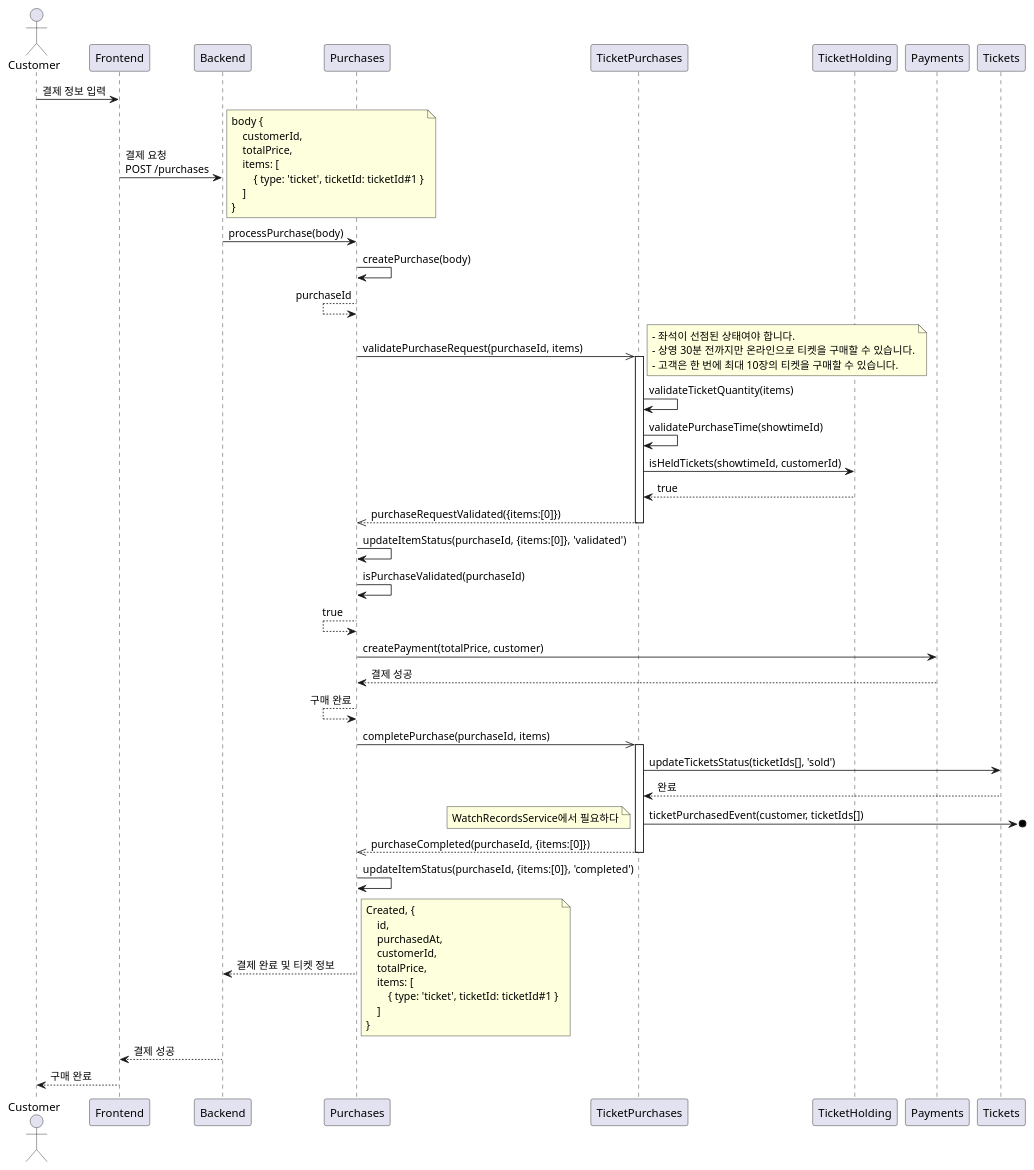
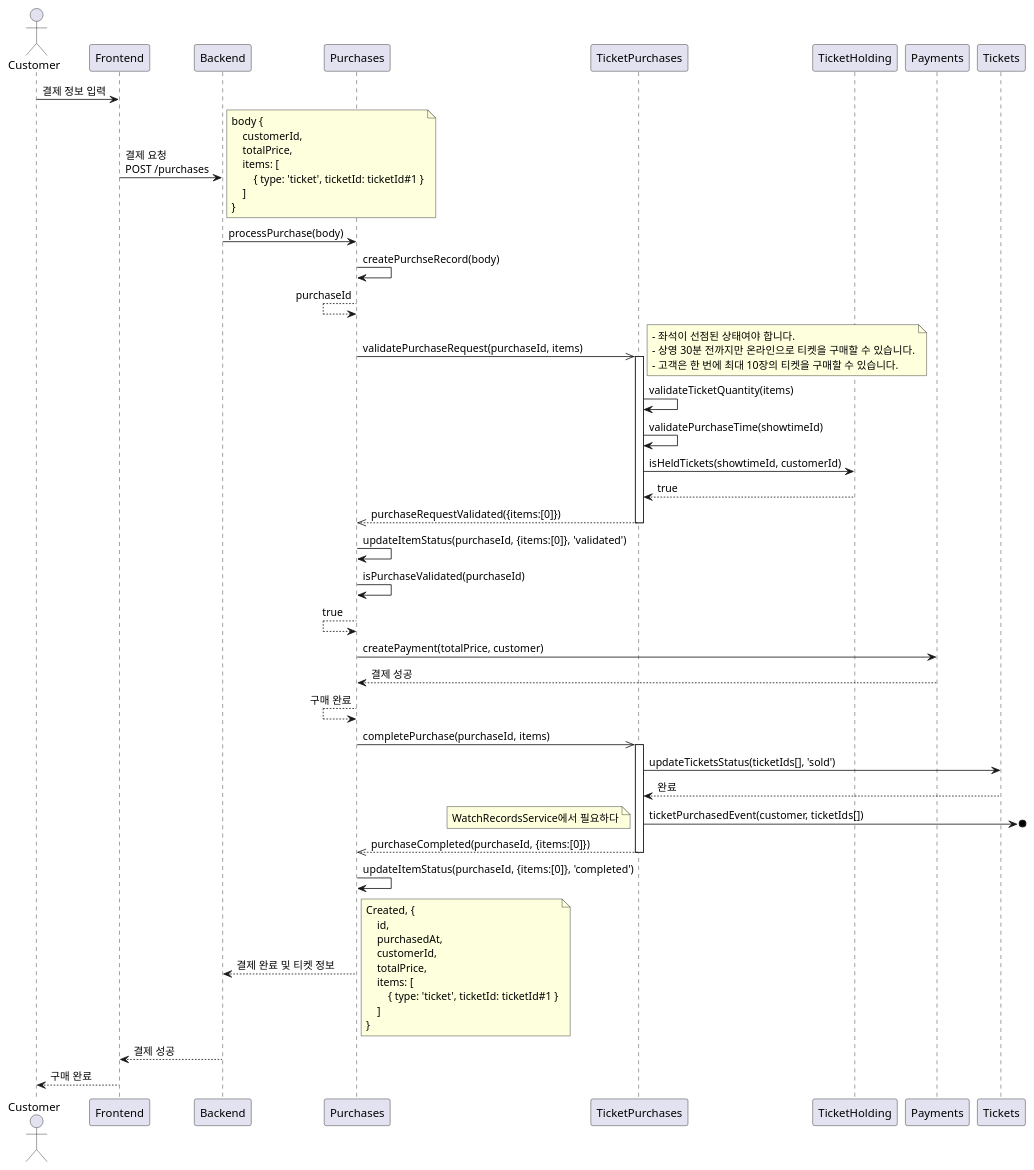
Before and after one commit to mannercode/nest-seed: the third of 4 diagrams in docs/en/designs/tickets-purchase.md, drawn with PlantUML. The commit also changed other lines of this file and 47 other files, not shown here.

Commit message:
PurchasesService -> PurchaseRecordsService

````diff
--- a/docs/en/designs/tickets-purchase.md
+++ b/docs/en/designs/tickets-purchase.md
@@ -181,64 +181,64 @@
 ```plantuml
 @startuml
 actor Customer
 
 Customer -> Frontend: 결제 정보 입력
     Frontend -> Backend: 결제 요청\nPOST /purchases
     note right
         body {
             customerId,
             totalPrice,
             items: [
                 { type: 'ticket', ticketId: ticketId#1 }
             ]
         }
     end note
         Backend -> Purchases: processPurchase(body)
-            Purchases -> Purchases: createPurchase(body)
+            Purchases -> Purchases: createPurchseRecord(body)
             Purchases <-- Purchases: purchaseId
             Purchases ->> TicketPurchases: validatePurchaseRequest(purchaseId, items)
             activate TicketPurchases
             note right
                 - 좌석이 선점된 상태여야 합니다.
                 - 상영 30분 전까지만 온라인으로 티켓을 구매할 수 있습니다.
                 - 고객은 한 번에 최대 10장의 티켓을 구매할 수 있습니다.
             end note
             TicketPurchases -> TicketPurchases: validateTicketQuantity(items)
             TicketPurchases -> TicketPurchases: validatePurchaseTime(showtimeId)
             TicketPurchases -> TicketHolding: isHeldTickets(showtimeId, customerId)
             TicketPurchases <-- TicketHolding: true
             Purchases <<-- TicketPurchases: purchaseRequestValidated({items:[0]})
             deactivate TicketPurchases
             Purchases -> Purchases: updateItemStatus(purchaseId, {items:[0]}, 'validated')
             Purchases -> Purchases: isPurchaseValidated(purchaseId)
             Purchases <-- Purchases: true
             Purchases -> Payments: createPayment(totalPrice, customer)
             Purchases <-- Payments: 결제 성공
             Purchases <-- Purchases: 구매 완료
             Purchases ->> TicketPurchases: completePurchase(purchaseId, items)
             activate TicketPurchases
                 TicketPurchases -> Tickets: updateTicketsStatus(ticketIds[], 'sold')
                 TicketPurchases <-- Tickets: 완료
                 TicketPurchases ->o]: ticketPurchasedEvent(customer, ticketIds[])
                 note left
                     WatchRecordsService에서 필요하다
                 end note
             Purchases <<-- TicketPurchases: purchaseCompleted(purchaseId, {items:[0]})
             deactivate TicketPurchases
             Purchases -> Purchases: updateItemStatus(purchaseId, {items:[0]}, 'completed')
         Backend <-- Purchases: 결제 완료 및 티켓 정보
         note right
             Created, {
                 id,
                 purchasedAt,
                 customerId,
                 totalPrice,
                 items: [
                     { type: 'ticket', ticketId: ticketId#1 }
                 ]
             }
         end note
     Frontend <-- Backend: 결제 성공
 Customer <-- Frontend: 구매 완료
 @enduml
 ```
````
